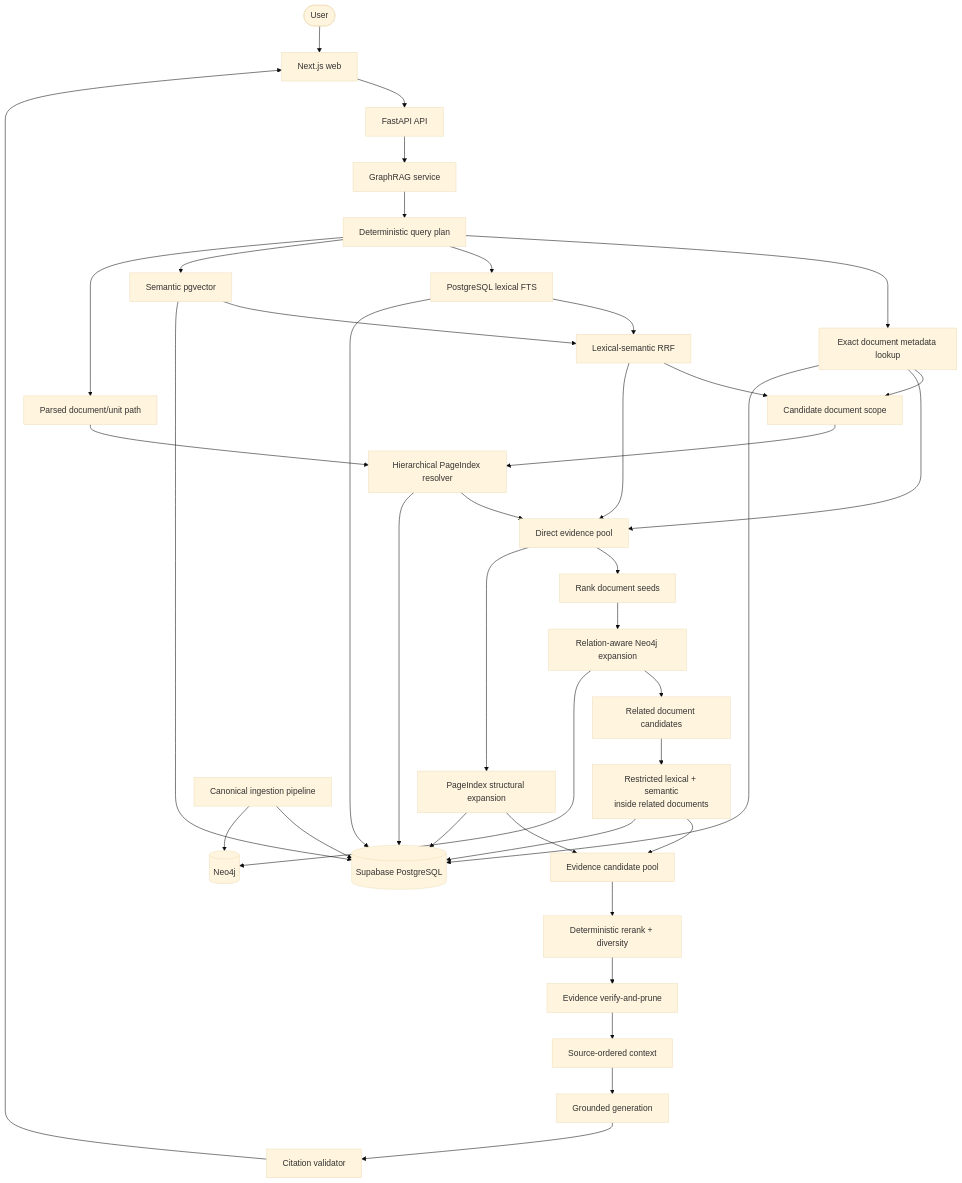
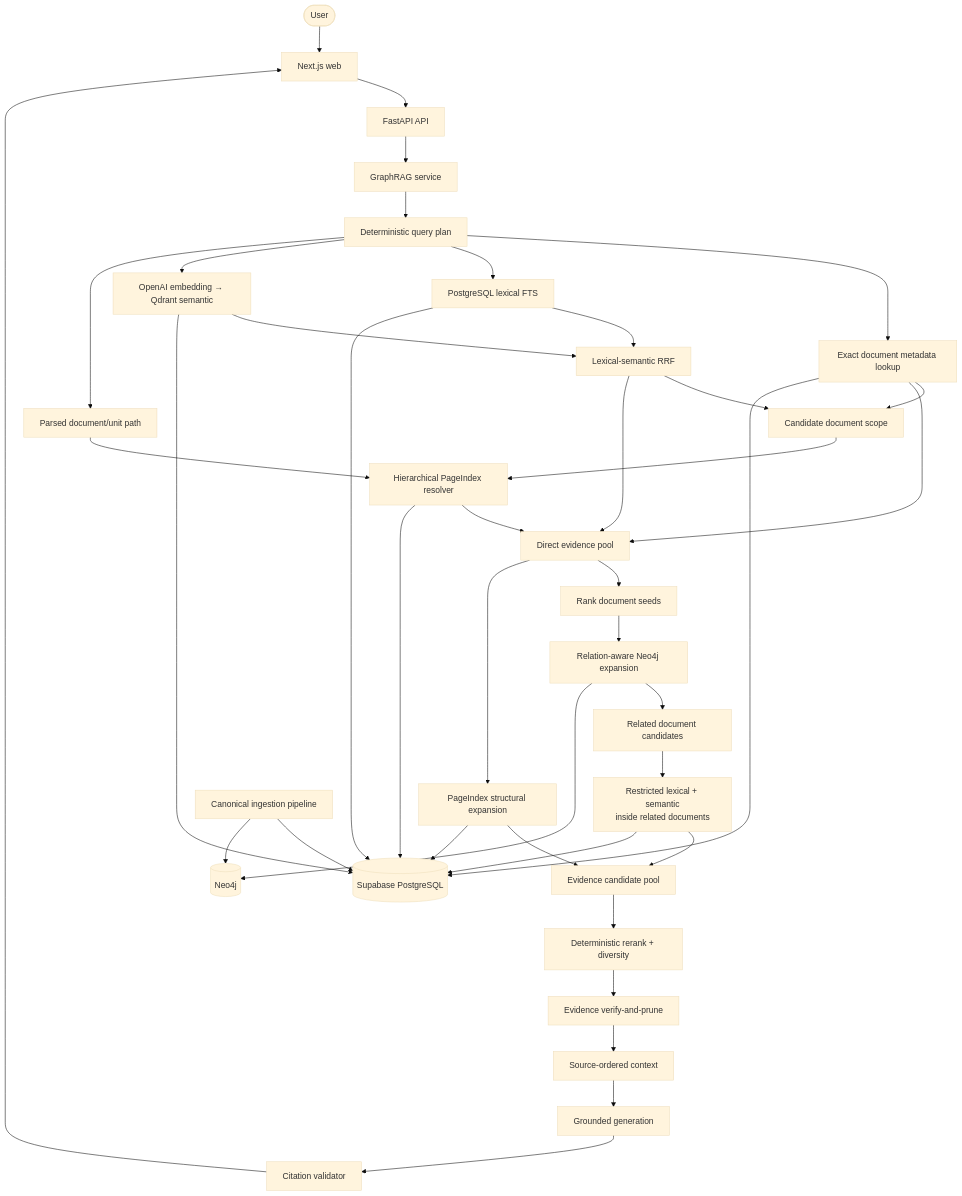
One commit to HOANGQUANGMINH371195/TEAM_GENIUS changed the first of 2 diagrams in ARCHITECTURE.md. Above: the diagram before and after it, drawn with Mermaid (base theme). The commit also changed other lines of this file and 28 other files, not shown here.

````diff
--- a/ARCHITECTURE.md
+++ b/ARCHITECTURE.md
@@ -149,48 +150,48 @@
 ```mermaid
 flowchart TB
     User([User]) --> Web[Next.js web]
     Web --> API[FastAPI API]
     API --> Service[GraphRAG service]
     Service --> Plan[Deterministic query plan]
 
     Plan --> ExactDoc[Exact document metadata lookup]
     Plan --> Lex[PostgreSQL lexical FTS]
-    Plan --> Sem[Semantic pgvector]
+    Plan --> Sem[OpenAI embedding → Qdrant semantic]
     Plan --> UnitHints[Parsed document/unit path]
 
     Lex --> Fusion[Lexical-semantic RRF]
     Sem --> Fusion
     Fusion --> DocScope[Candidate document scope]
     ExactDoc --> DocScope
     UnitHints --> UnitResolve[Hierarchical PageIndex resolver]
     DocScope --> UnitResolve
     Fusion --> Direct[Direct evidence pool]
     ExactDoc --> Direct
     UnitResolve --> Direct
 
     Direct --> Seeds[Rank document seeds]
     Seeds --> Graph[Relation-aware Neo4j expansion]
     Graph --> RelatedDocs[Related document candidates]
     RelatedDocs --> Restricted[Restricted lexical + semantic<br/>inside related documents]
 
     Direct --> Structure[PageIndex structural expansion]
     Restricted --> Pool[Evidence candidate pool]
     Structure --> Pool
 
     Pool --> Rerank[Deterministic rerank + diversity]
     Rerank --> Verify[Evidence verify-and-prune]
     Verify --> Context[Source-ordered context]
     Context --> Generate[Grounded generation]
     Generate --> CiteCheck[Citation validator]
     CiteCheck --> Web
 
     Pipeline[Canonical ingestion pipeline] --> PG[(Supabase PostgreSQL)]
     Pipeline --> Neo[(Neo4j)]
     ExactDoc --> PG
     Lex --> PG
     Sem --> PG
     UnitResolve --> PG
     Structure --> PG
     Graph --> Neo
     Restricted --> PG
 ```
````
